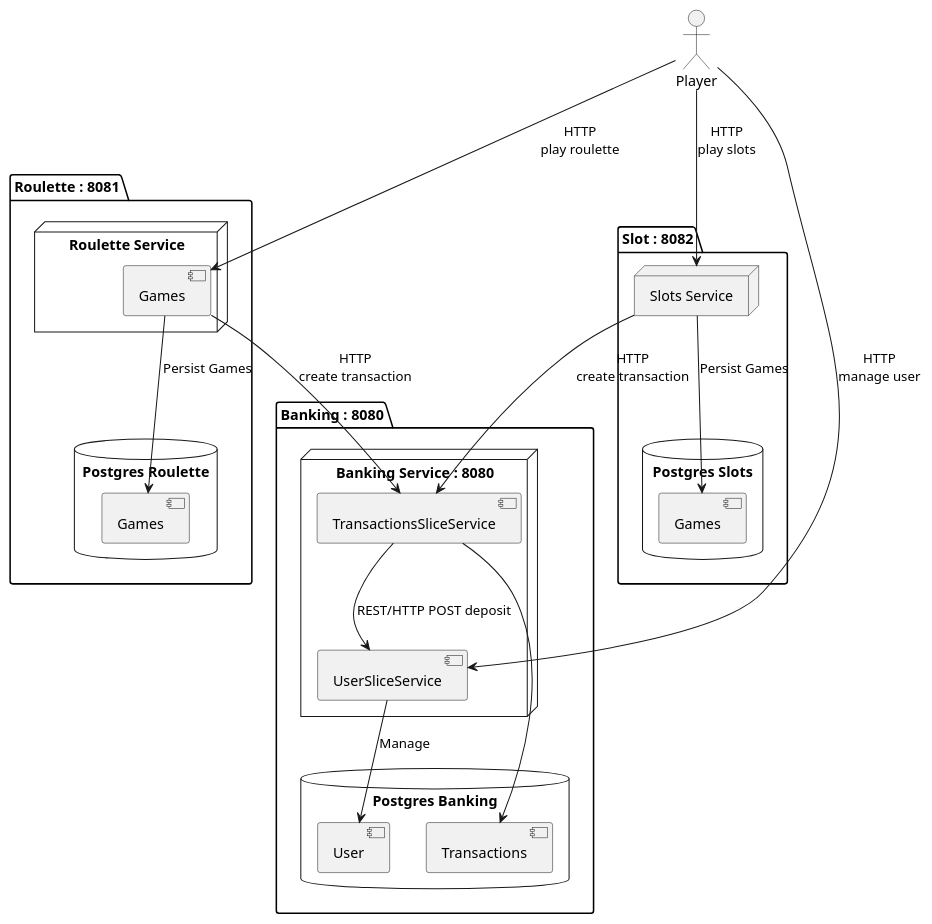
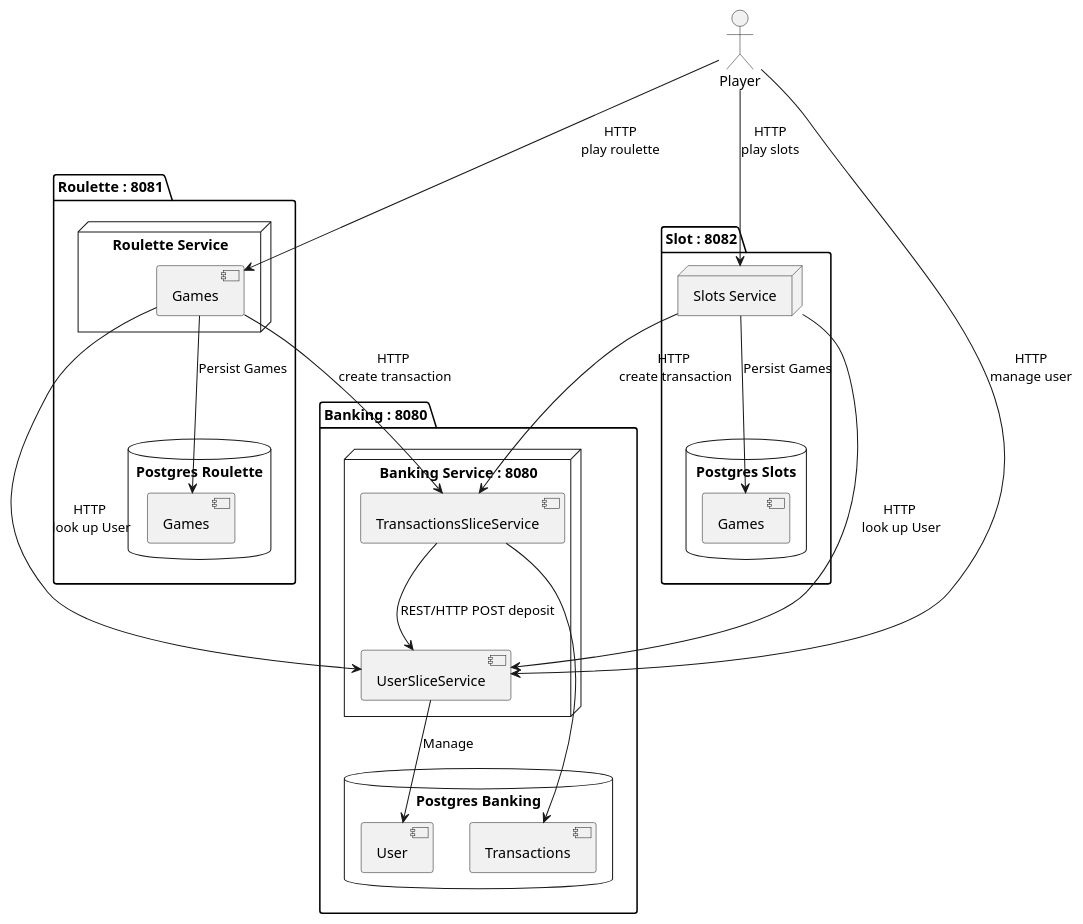
One commit to Xmenn1000/Softwareengineering-Casino-Beleg changed the diagram in SystemPlant.puml. Above: the diagram before and after it, drawn with PlantUML. The commit also changed 13 other files, not shown here.

Commit message:
chore(root): update System UML and clean imports

```diff
--- a/SystemPlant.puml
+++ b/SystemPlant.puml
@@ -1,51 +1,54 @@
 @startuml
 
 actor Player
 
 package "Banking : 8080" {
   node "Banking Service : 8080" as banking {
     [UserSliceService]
     [TransactionsSliceService]
   }
 
   database "Postgres Banking" {
     [User]
     [Transactions]
   }
 }
 
 package "Roulette : 8081" as Roulette {
   node "Roulette Service" as RouletteService {
     [Games] as RouletteGames
   }
 
   database "Postgres Roulette" {
     [Games] as RouletteGameTable
   }
 
   RouletteGames --> RouletteGameTable : Persist Games
 }
 
 package "Slot : 8082" as Slots {
   node "Slots Service" as SlotService {
   }
 
   database "Postgres Slots" {
     [Games] as SlotGame
   }
 
   SlotService --> SlotGame : Persist Games
 }
 
 Player --> [UserSliceService] : HTTP\nmanage user
 Player --> SlotService : HTTP\nplay slots
 Player --> RouletteGames : HTTP\nplay roulette
 
 [UserSliceService] --> [User] : Manage
 TransactionsSliceService --> [Transactions]
 [TransactionsSliceService] --> [UserSliceService] : REST/HTTP POST deposit
 
-SlotService --> [TransactionsSliceService] : HTTP\ncreate transaction
-RouletteGames --> [TransactionsSliceService] : HTTP\ncreate transaction
+SlotService --> [TransactionsSliceService] : HTTP\n create transaction
+RouletteGames --> [TransactionsSliceService] : HTTP\n create transaction
+
+SlotService --> [UserSliceService] : HTTP\n look up User
+RouletteGames --> [UserSliceService] : HTTP\n look up User
 
 @enduml
```
